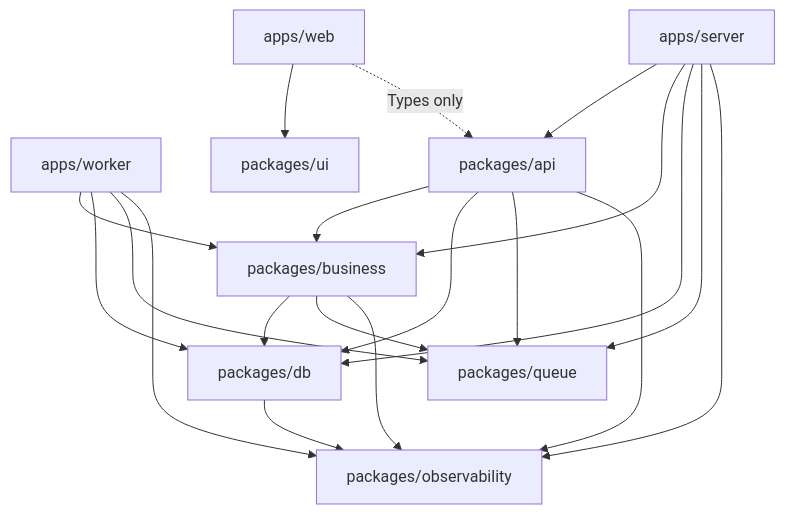
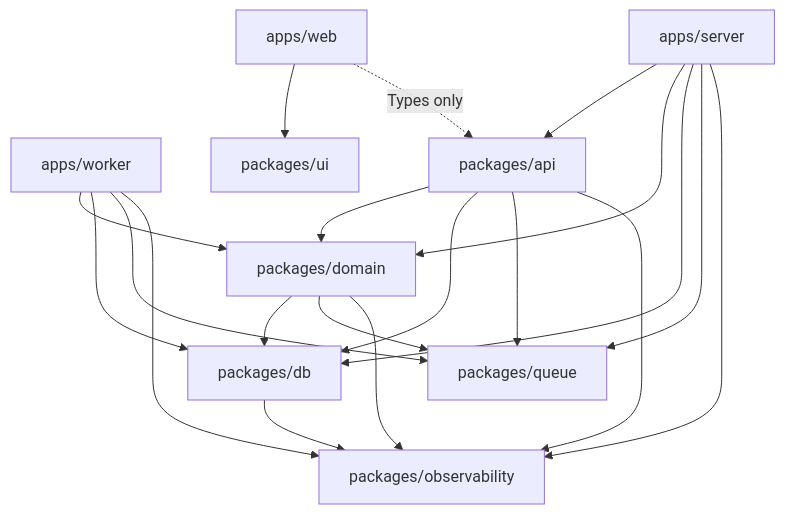
The diagram in docs/extension-design.md (ShawnDen-coder/full-stack-example), drawn with Mermaid before and after one commit. The commit also changed other lines of this file and 68 other files, not shown here.

Commit message:
refactor: rename business to domain and centralize container config

````diff
--- a/docs/extension-design.md
+++ b/docs/extension-design.md
@@ -234,31 +234,31 @@
 ```mermaid
 flowchart TB
   web["apps/web"]
   server["apps/server"]
   worker["apps/worker"]
   api["packages/api"]
-  business["packages/business"]
+  business["packages/domain"]
   db["packages/db"]
   queue["packages/queue"]
   observability["packages/observability"]
   ui["packages/ui"]
   web --> ui
   web -.->|Types only| api
   server --> api
   server --> business
   server --> db
   server --> queue
   server --> observability
   worker --> business
   worker --> db
   worker --> queue
   worker --> observability
   api --> business
   api --> db
   api --> queue
   api --> observability
   business --> db
   business --> queue
   business --> observability
   db --> observability
 ```
````
